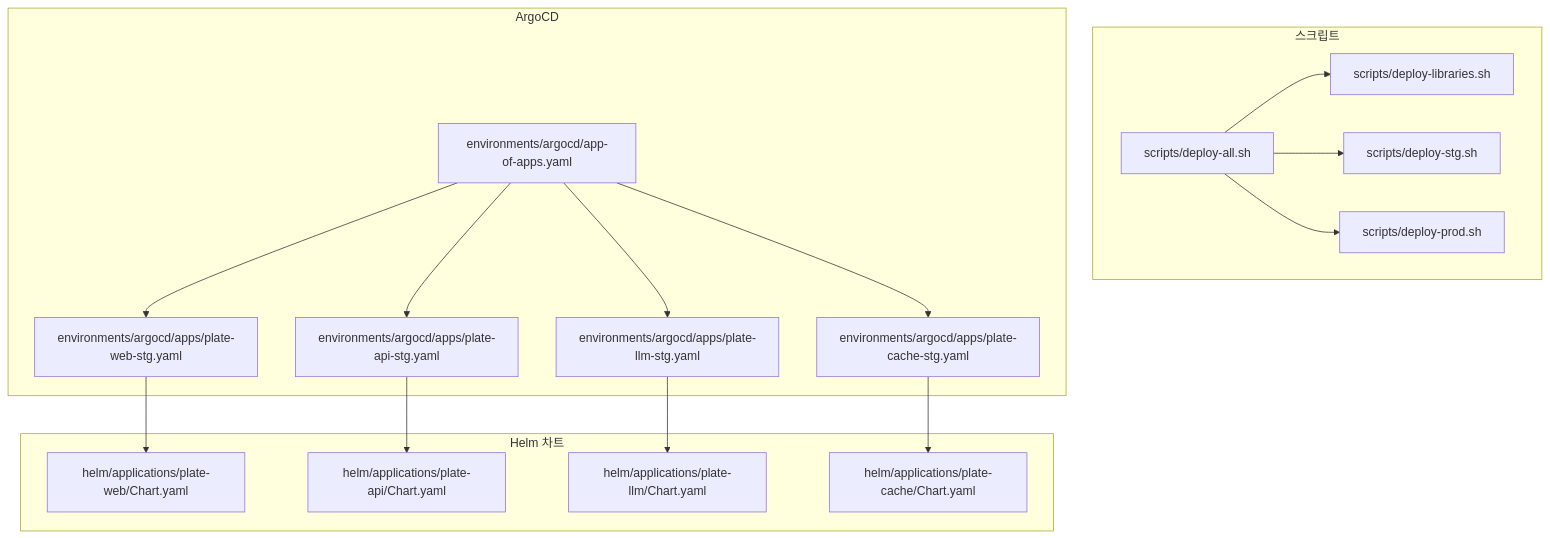
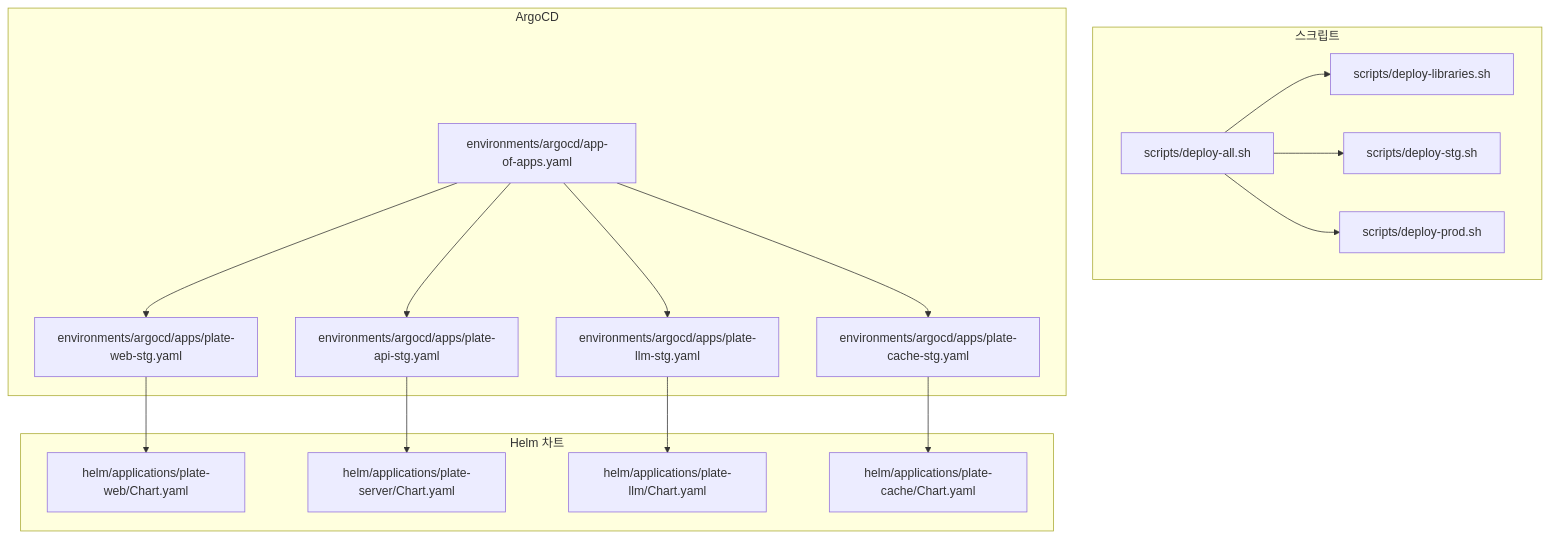
The first of 7 diagrams in .qoder/repowiki/ko/content/사용자 워크플로우/주요 진입점/주요 진입점.md (kimjoongwon/prj-devops), drawn with Mermaid before and after one commit. The commit also changed other lines of this file and 60 other files, not shown here.

First line of the commit message:
docs(helm): plate-api 관련 문서의 Helm 경로를 plate-server로 변경

````diff
--- a/.qoder/repowiki/ko/content/사용자 워크플로우/주요 진입점/주요 진입점.md
+++ b/.qoder/repowiki/ko/content/사용자 워크플로우/주요 진입점/주요 진입점.md
@@ -43,33 +43,33 @@
 ```mermaid
 graph TB
 subgraph "스크립트"
 A["scripts/deploy-all.sh"]
 B["scripts/deploy-libraries.sh"]
 C["scripts/deploy-stg.sh"]
 D["scripts/deploy-prod.sh"]
 end
 subgraph "ArgoCD"
 E["environments/argocd/app-of-apps.yaml"]
 F["environments/argocd/apps/plate-web-stg.yaml"]
 G["environments/argocd/apps/plate-api-stg.yaml"]
 H["environments/argocd/apps/plate-llm-stg.yaml"]
 I["environments/argocd/apps/plate-cache-stg.yaml"]
 end
 subgraph "Helm 차트"
 J["helm/applications/plate-web/Chart.yaml"]
-K["helm/applications/plate-api/Chart.yaml"]
+K["helm/applications/plate-server/Chart.yaml"]
 L["helm/applications/plate-llm/Chart.yaml"]
 M["helm/applications/plate-cache/Chart.yaml"]
 end
 A --> B
 A --> C
 A --> D
 E --> F
 E --> G
 E --> H
 E --> I
 F --> J
 G --> K
 H --> L
 I --> M
 ```
````
